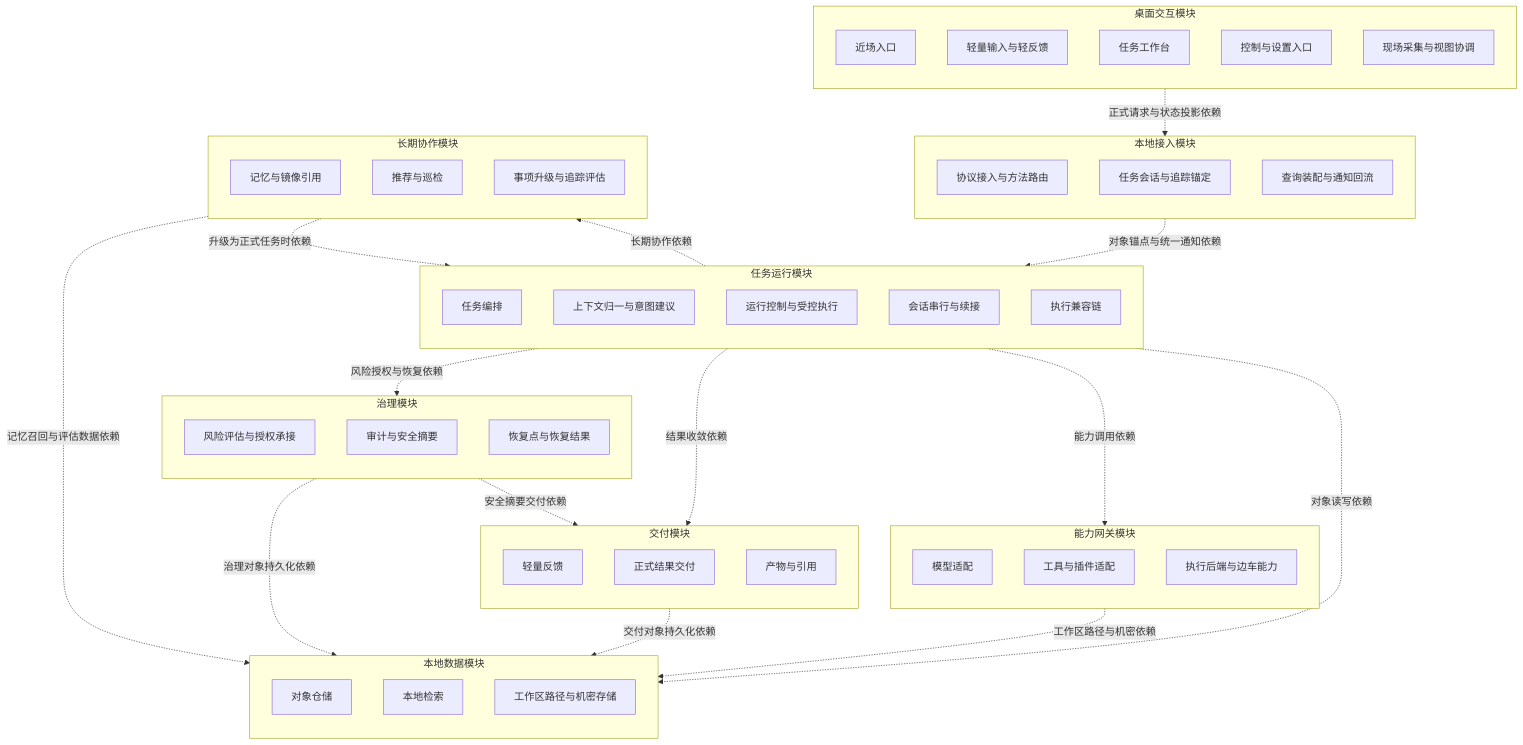
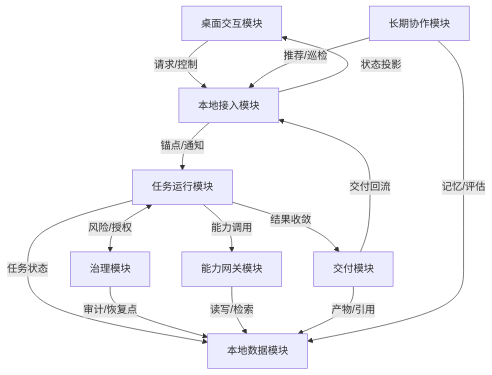
The first of 7 diagrams in docs/architecture-overview.md (1024XEngineer/CialloClaw), drawn with Mermaid before and after one commit.

Commit message:
docs(architecture): simplify module dependency diagram

````diff
--- a/docs/architecture-overview.md
+++ b/docs/architecture-overview.md
@@ -132,78 +132,29 @@
 ```mermaid
 flowchart TB
-    subgraph Desktop[桌面交互模块]
-        direction TB
-        D1[近场入口]
-        D2[轻量输入与轻反馈]
-        D3[任务工作台]
-        D4[控制与设置入口]
-        D5[现场采集与视图协调]
-    end
+    Desktop[桌面交互模块]
+    Access[本地接入模块]
+    TaskRuntime[任务运行模块]
+    Governance[治理模块]
+    Capability[能力网关模块]
+    Delivery[交付模块]
+    Collaboration[长期协作模块]
+    Data[本地数据模块]
 
-    subgraph Access[本地接入模块]
-        direction TB
-        A1[协议接入与方法路由]
-        A2[任务会话与追踪锚定]
-        A3[查询装配与通知回流]
-    end
+    Desktop -->|请求/控制| Access
+    Access -->|锚点/通知| TaskRuntime
 
-    subgraph TaskRuntime[任务运行模块]
-        direction TB
-        T1[任务编排]
-        T2[上下文归一与意图建议]
-        T3[运行控制与受控执行]
-        T4[会话串行与续接]
-        T5[执行兼容链]
-    end
+    TaskRuntime <-->|风险/授权| Governance
+    TaskRuntime -->|能力调用| Capability
+    TaskRuntime -->|结果收敛| Delivery
+    TaskRuntime -->|任务状态| Data
 
-    subgraph Governance[治理模块]
-        direction TB
-        G1[风险评估与授权承接]
-        G2[审计与安全摘要]
-        G3[恢复点与恢复结果]
-    end
+    Governance -->|审计/恢复点| Data
+    Capability -->|读写/检索| Data
+    Delivery -->|产物/引用| Data
 
-    subgraph Delivery[交付模块]
-        direction TB
-        R1[轻量反馈]
-        R2[正式结果交付]
-        R3[产物与引用]
-    end
+    Delivery -->|交付回流| Access
+    Access -->|状态投影| Desktop
 
-    subgraph Capability[能力网关模块]
-        direction TB
-        C1[模型适配]
-        C2[工具与插件适配]
-        C3[执行后端与边车能力]
-    end
-
-    subgraph Data[本地数据模块]
-        direction TB
-        S1[对象仓储]
-        S2[本地检索]
-        S3[工作区路径与机密存储]
-    end
-
-    subgraph Collaboration[长期协作模块]
-        direction TB
-        L1[记忆与镜像引用]
-        L2[推荐与巡检]
-        L3[事项升级与追踪评估]
-    end
-
-    Desktop -.->|正式请求与状态投影依赖| Access
-    Access -.->|对象锚点与统一通知依赖| TaskRuntime
-
-    TaskRuntime -.->|风险授权与恢复依赖| Governance
-    TaskRuntime -.->|结果收敛依赖| Delivery
-    TaskRuntime -.->|能力调用依赖| Capability
-    TaskRuntime -.->|对象读写依赖| Data
-    TaskRuntime -.->|长期协作依赖| Collaboration
-
-    Governance -.->|治理对象持久化依赖| Data
-    Governance -.->|安全摘要交付依赖| Delivery
-    Delivery -.->|交付对象持久化依赖| Data
-    Capability -.->|工作区路径与机密依赖| Data
-    Collaboration -.->|记忆召回与评估数据依赖| Data
-    Collaboration -.->|升级为正式任务时依赖| TaskRuntime
+    Collaboration -->|推荐/巡检| Access
+    Collaboration -->|记忆/评估| Data
 ```
````
